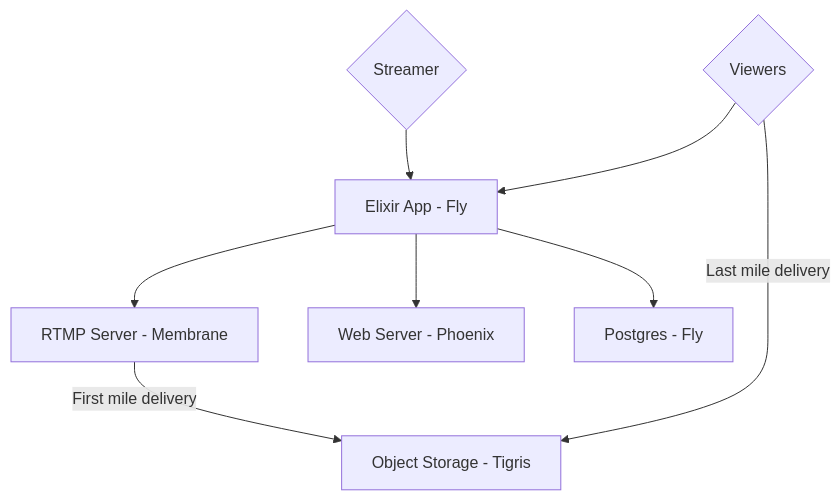
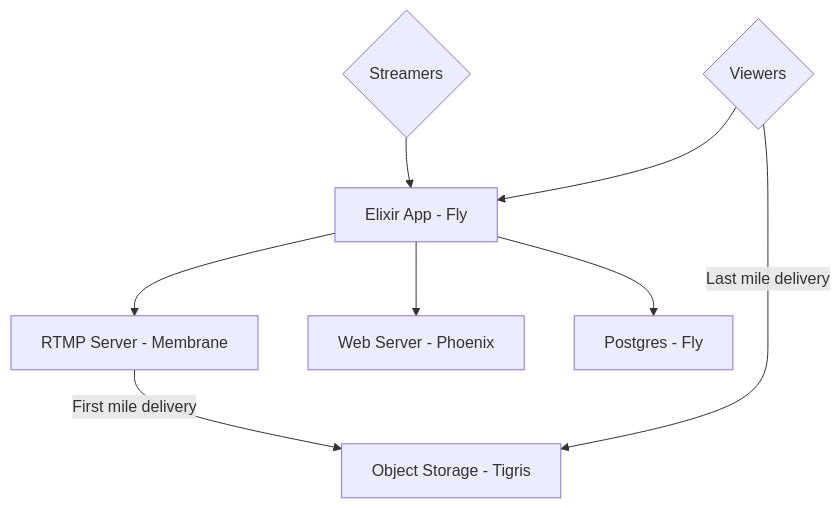
Before and after one commit to algora-io/tv: the first of 3 diagrams in README.md, drawn with Mermaid. The commit also changed other lines of this file, not shown here.

Commit message:
add more charts

````diff
--- a/README.md
+++ b/README.md
@@ -26,10 +26,10 @@
 ```mermaid
 graph
-    Streamer{Streamer} --> Fly
+    Streamers{Streamers} --> Fly
     Fly[Elixir App - Fly] --> RTMP
     Fly --> Web[Web Server - Phoenix]
     Fly --> Db[Postgres - Fly]
     RTMP[RTMP Server - Membrane] -->|First mile delivery| Tigris[Object Storage - Tigris]
     Viewers{Viewers} -->|Last mile delivery| Tigris
     Viewers --> Fly
 ```
````
